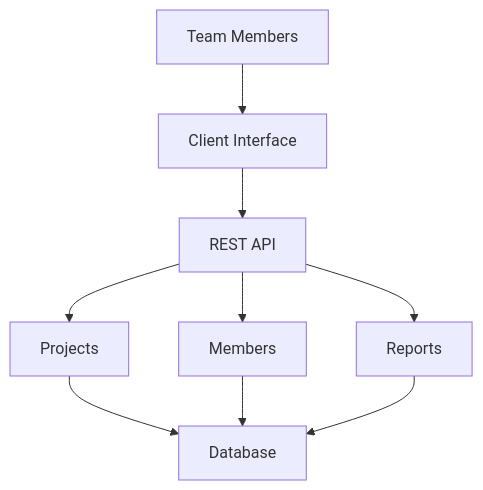
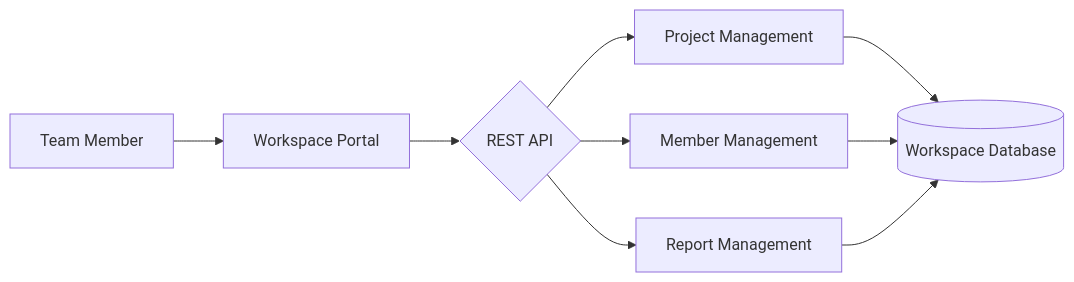
The diagram in workspace-architecture.md (ali-dev26/teamflow-workspace), drawn with Mermaid before and after one commit.

Commit message:
Redesign workspace architecture diagram

````diff
--- a/workspace-architecture.md
+++ b/workspace-architecture.md
@@ -3,11 +3,11 @@
-```mermaid
-flowchart TD
-    A[Team Members] --> B[Client Interface]
-    B --> C[REST API]
-    C --> D[Projects]
-    C --> E[Members]
-    C --> F[Reports]
-    D --> G[Database]
-    E --> G
-    F --> G
+```mermaid id="m8v2q1"
+flowchart LR
+    A[Team Member] --> B[Workspace Portal]
+    B --> C{REST API}
+    C --> D[Project Management]
+    C --> E[Member Management]
+    C --> F[Report Management]
+    D --> H[(Workspace Database)]
+    E --> H
+    F --> H
 ```
````
